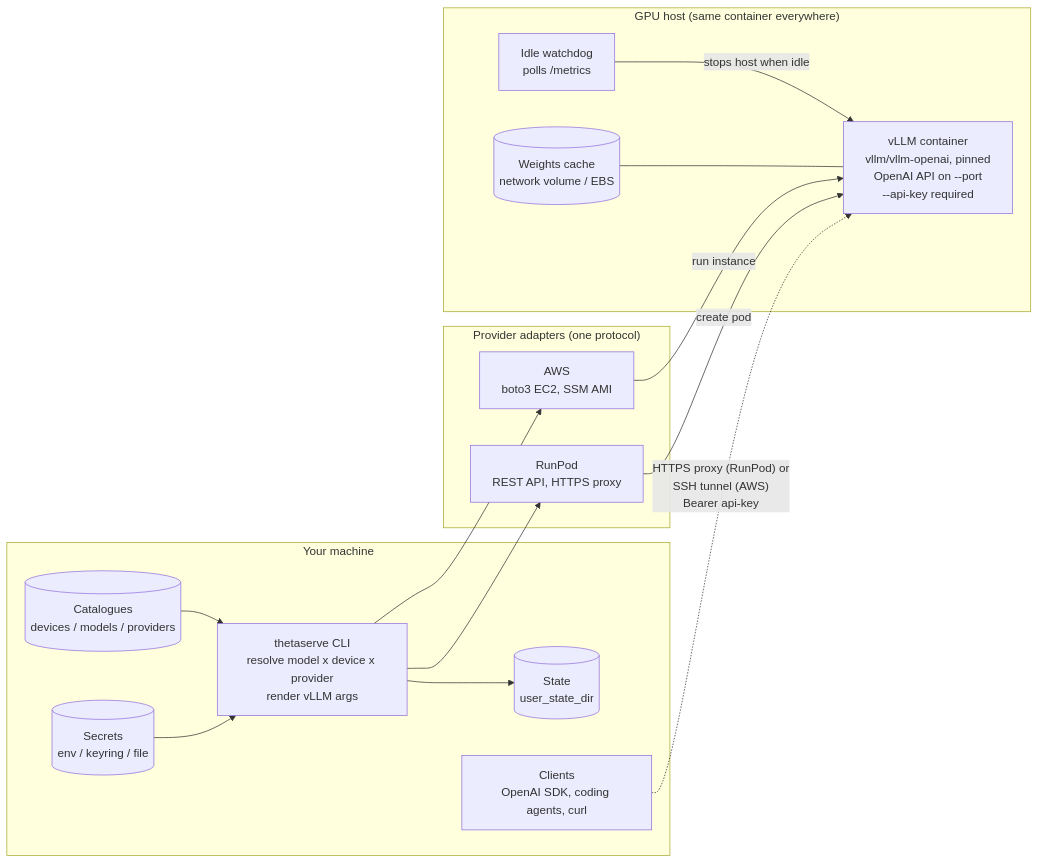
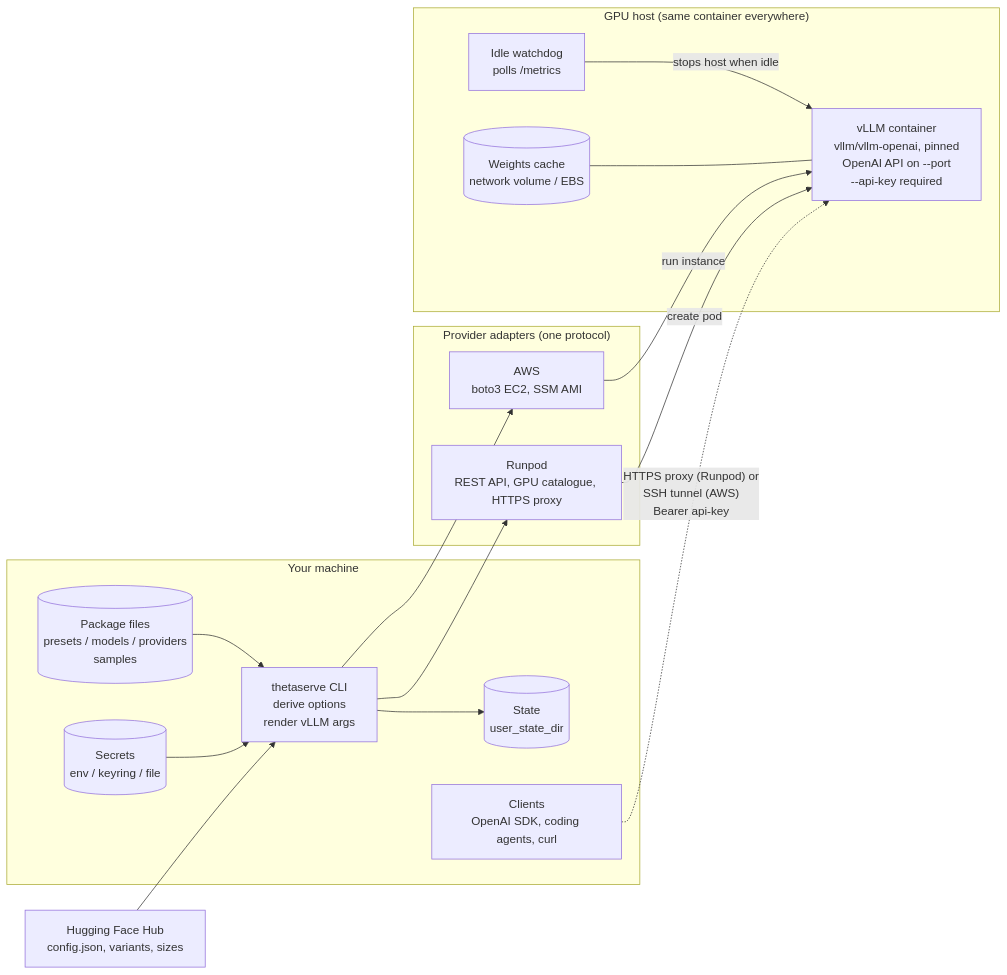
Before and after one commit to thetaplex/thetaserve: the first of 2 diagrams in docs/DESIGN.md, drawn with Mermaid. The commit also changed other lines of this file and 48 other files, not shown here.

````diff
--- a/docs/DESIGN.md
+++ b/docs/DESIGN.md
@@ -43,28 +65,30 @@
 ```mermaid
 flowchart LR
     subgraph local["Your machine"]
-        cli["thetaserve CLI<br/>resolve model x device x provider<br/>render vLLM args"]
-        cfg[("Catalogues<br/>devices / models / providers")]
+        cli["thetaserve CLI<br/>derive options<br/>render vLLM args"]
+        cfg[("Package files<br/>presets / models / providers<br/>samples")]
         st[("State<br/>user_state_dir")]
         sec[("Secrets<br/>env / keyring / file")]
         client["Clients<br/>OpenAI SDK, coding agents, curl"]
     end
+    hf["Hugging Face Hub<br/>config.json, variants, sizes"]
     subgraph adapters["Provider adapters (one protocol)"]
-        rp["RunPod<br/>REST API, HTTPS proxy"]
+        rp["Runpod<br/>REST API, GPU catalogue, HTTPS proxy"]
         aws["AWS<br/>boto3 EC2, SSM AMI"]
     end
     subgraph host["GPU host (same container everywhere)"]
         vllm["vLLM container<br/>vllm/vllm-openai, pinned<br/>OpenAI API on --port<br/>--api-key required"]
         wd["Idle watchdog<br/>polls /metrics"]
         cache[("Weights cache<br/>network volume / EBS")]
     end
     cfg --> cli
     sec --> cli
+    hf --> cli
     cli --> st
     cli --> rp & aws
     rp -->|create pod| vllm
     aws -->|run instance| vllm
     wd -->|stops host when idle| vllm
     cache --- vllm
-    client -.->|"HTTPS proxy (RunPod) or<br/>SSH tunnel (AWS)<br/>Bearer api-key"| vllm
+    client -.->|"HTTPS proxy (Runpod) or<br/>SSH tunnel (AWS)<br/>Bearer api-key"| vllm
 ```
````
